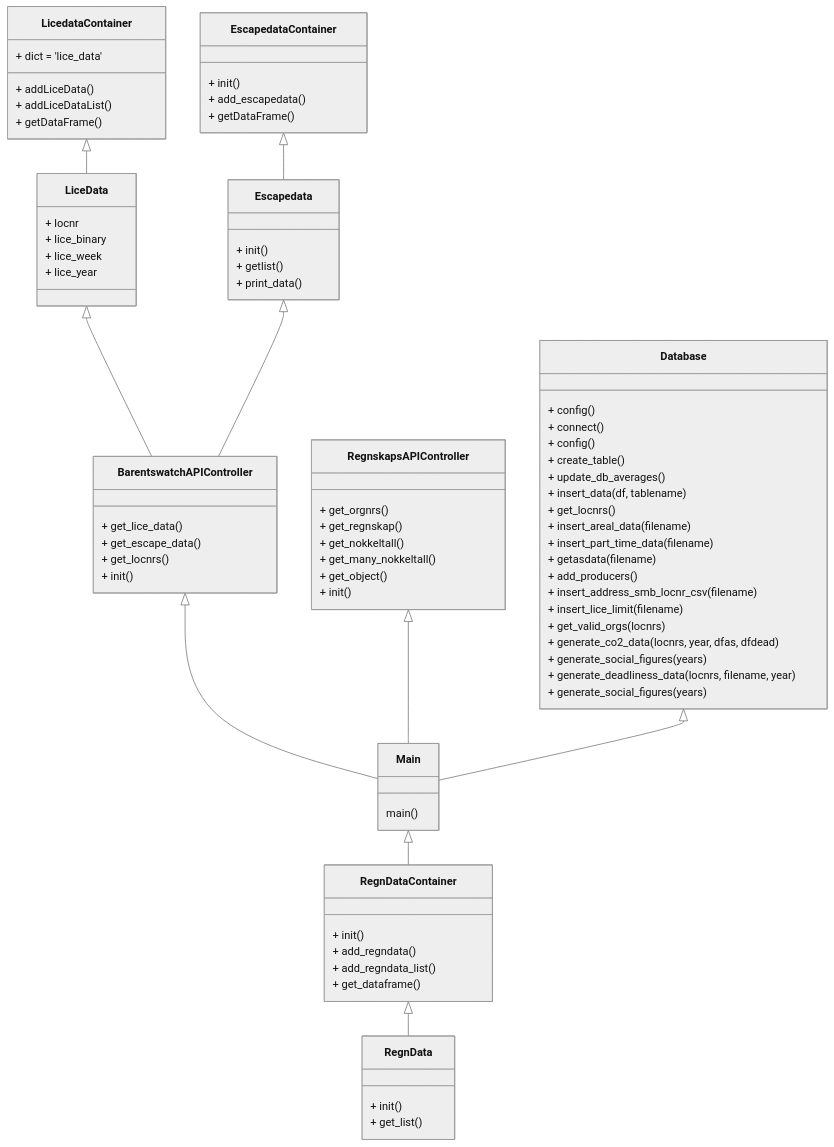
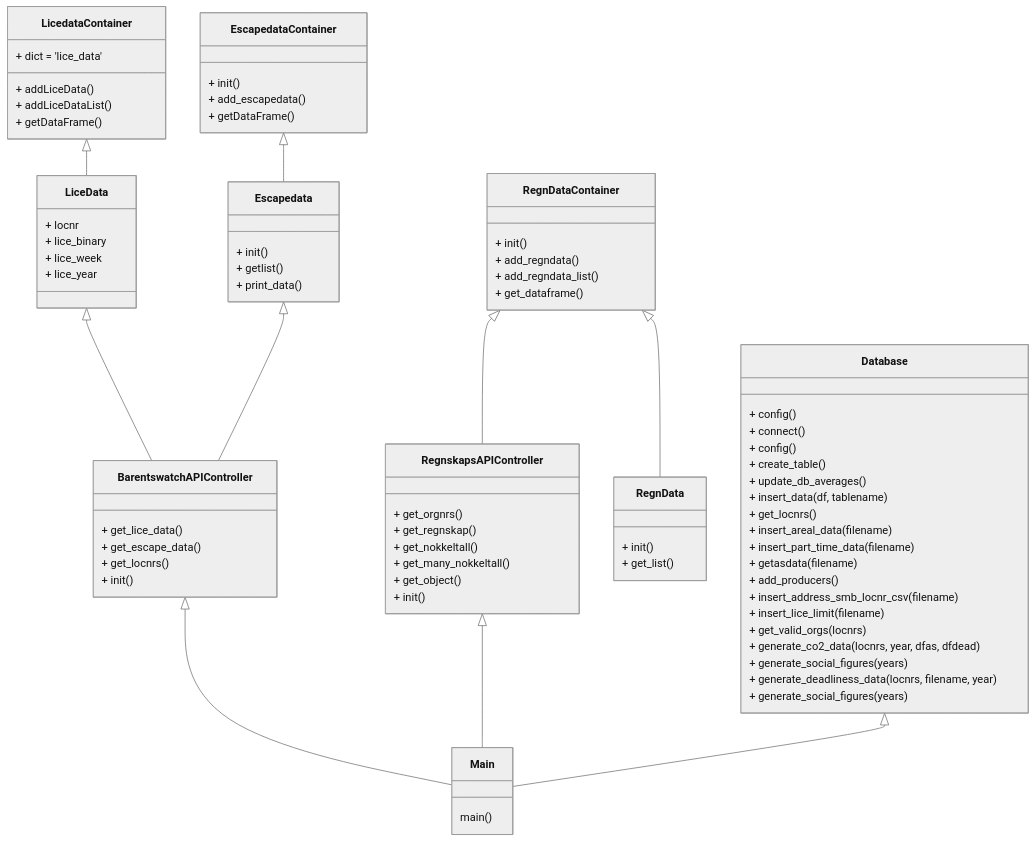
Before and after one commit to brreg/sommercamp2022: the diagram in Documentation/class_diagram.md, drawn with Mermaid (neutral theme).

```diff
--- a/Documentation/class_diagram.md
+++ b/Documentation/class_diagram.md
@@ -3,7 +3,7 @@
 
     BarentswatchAPIController <|-- Main
     RegnskapsAPIController <|-- Main
-    Main <|-- RegnDataContainer
+    RegnDataContainer <|-- RegnskapsAPIController
     RegnDataContainer <|-- RegnData
     Database <|-- Main
 	LiceData <|-- BarentswatchAPIController
```
